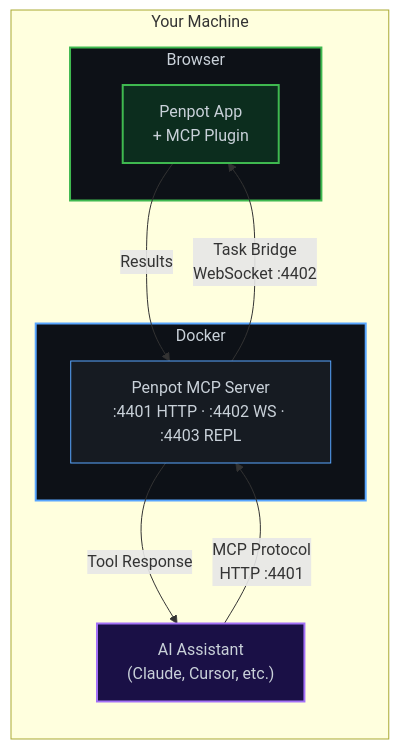
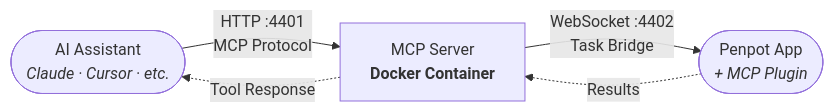
The diagram in README.md (MacroThrust/penpot-mcp-docker), drawn with Mermaid before and after one commit.

Commit message:
Fix Mermaid diagram rendering
Use flowchart with HTML line breaks instead of \n which rendered
as literal text. Remove dark-theme-only styling. Simplify layout.

````diff
--- a/README.md
+++ b/README.md
@@ -21,25 +21,11 @@
 ```mermaid
-graph LR
-    subgraph Your Machine
-        AI["AI Assistant\n(Claude, Cursor, etc.)"]
+flowchart LR
+    AI(["AI Assistant<br/><i>Claude · Cursor · etc.</i>"])
+    MCP["MCP Server<br/><b>Docker Container</b>"]
+    Plugin(["Penpot App<br/><i>+ MCP Plugin</i>"])
 
-        subgraph Docker
-            MCP["Penpot MCP Server\n:4401 HTTP · :4402 WS · :4403 REPL"]
-        end
-
-        subgraph Browser
-            Penpot["Penpot App\n+ MCP Plugin"]
-        end
-    end
-
-    AI -- "MCP Protocol\nHTTP :4401" --> MCP
-    MCP -- "Task Bridge\nWebSocket :4402" --> Penpot
-    Penpot -- "Results" --> MCP
-    MCP -- "Tool Response" --> AI
-
-    style Docker fill:#0d1117,stroke:#58a6ff,stroke-width:2px,color:#c9d1d9
-    style MCP fill:#161b22,stroke:#58a6ff,color:#c9d1d9
-    style AI fill:#1a1046,stroke:#a371f7,stroke-width:2px,color:#c9d1d9
-    style Penpot fill:#0c2d1e,stroke:#3fb950,stroke-width:2px,color:#c9d1d9
-    style Browser fill:#0d1117,stroke:#3fb950,stroke-width:2px,color:#c9d1d9
+    AI -- "HTTP :4401<br/>MCP Protocol" --> MCP
+    MCP -- "WebSocket :4402<br/>Task Bridge" --> Plugin
+    Plugin -. "Results" .-> MCP
+    MCP -. "Tool Response" .-> AI
 ```
````
